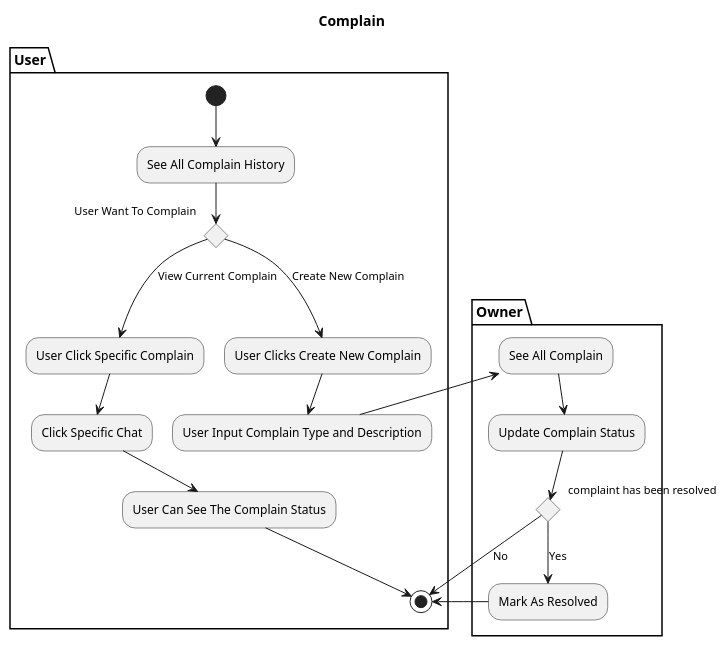
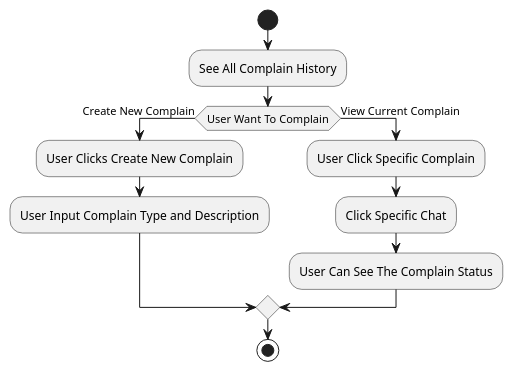
Before and after one commit to AntWort21/BHFMS: the diagram in Design/BHFMS_ACTIVITY/Complain.puml, drawn with PlantUML. The commit also changed 16 other files, not shown here.

First line of the commit message:
Update Activity Diagram and Extend

```diff
--- a/Design/BHFMS_ACTIVITY/Complain.puml
+++ b/Design/BHFMS_ACTIVITY/Complain.puml
@@ -1,25 +1,17 @@
 @startuml
-title Complain
-partition User {
-    (*)  --> "See All Complain History"
-    If "User Want To Complain" then
-    --> [Create New Complain] "User Clicks Create New Complain"
-    --> "User Input Complain Type and Description"
-    else
-    --> [View Current Complain] "User Click Specific Complain"
-    --> "Click Specific Chat"
-    --> "User Can See The Complain Status"
-    -->(*)
-    Endif
-}
-partition Owner {
-    "User Input Complain Type and Description" --> "See All Complain"
-    -->"Update Complain Status"
-    If "complaint has been resolved" then
-    --> [Yes]"Mark As Resolved"
-    -->(*)
-    else
-    --> [No] (*)
-}
+|User|
+start
+    :See All Complain History;
 
+    If (User Want To Complain) then (Create New Complain)
+        :User Clicks Create New Complain;
+        :User Input Complain Type and Description;
+
+    else (View Current Complain)
+        :User Click Specific Complain;
+        :Click Specific Chat;
+        :User Can See The Complain Status;
+        
+    endif
+stop
 @enduml
```
